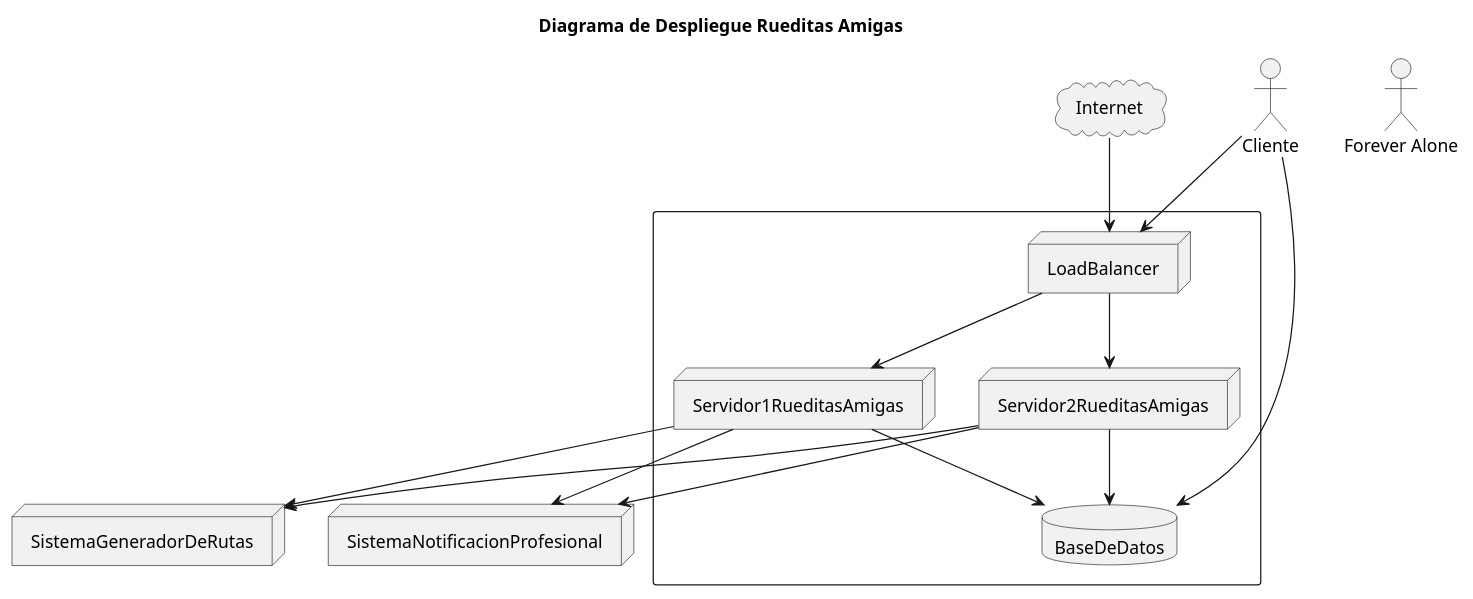
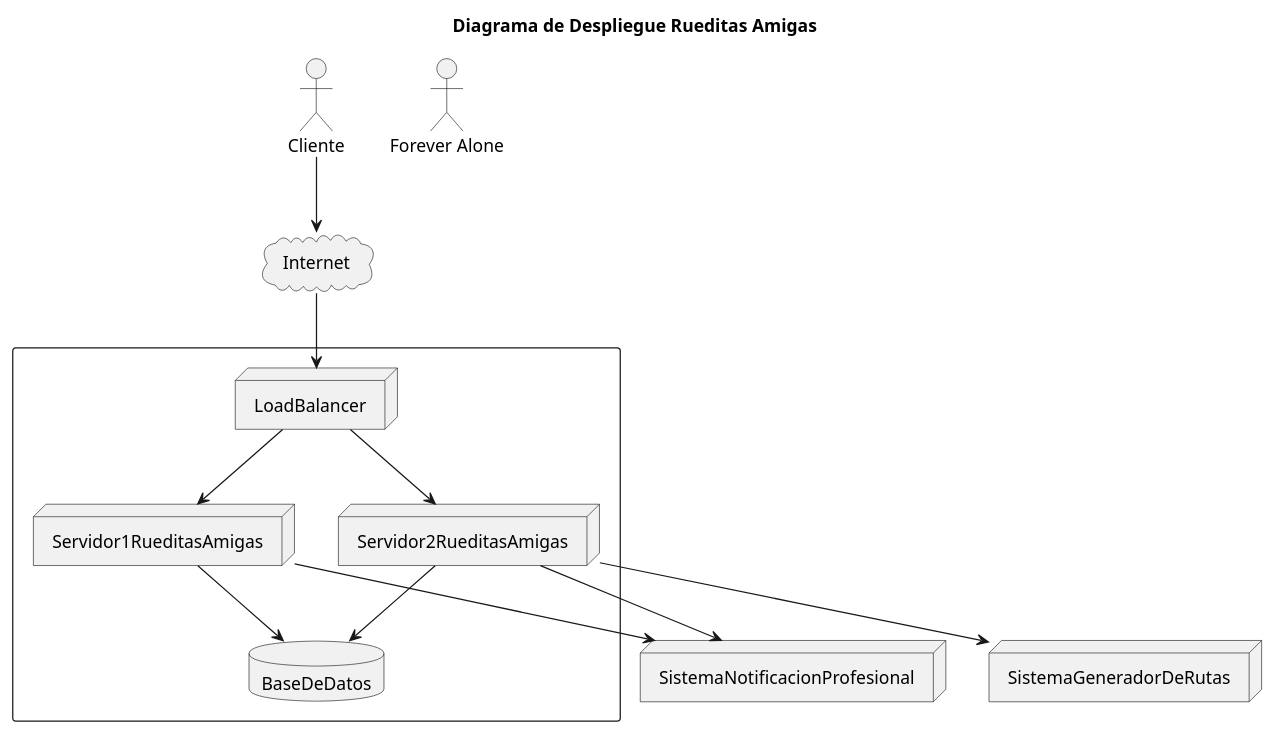
The diagram in diagrams/DiagramaDeDespliegue.puml (lrizzitano/RueditasAmigasDespliegue), drawn with PlantUML before and after one commit.

Commit message:
pruebo actor suelto y servidores incoherentes

```diff
--- a/diagrams/DiagramaDeDespliegue.puml
+++ b/diagrams/DiagramaDeDespliegue.puml
@@ -1,33 +1,31 @@
 @startuml
 'https://plantuml.com/deployment-diagram
 
 title Diagrama de Despliegue Rueditas Amigas
 
 node "SistemaGeneradorDeRutas"
 actor "Cliente"
 actor "Forever Alone"
 cloud "Internet"
 node "SistemaNotificacionProfesional"
 
 
 rectangle  {
 node "LoadBalancer"
 node "Servidor1RueditasAmigas"
 node "Servidor2RueditasAmigas"
 database "BaseDeDatos"
 }
 
 "LoadBalancer" --> "Servidor1RueditasAmigas"
 "LoadBalancer" --> "Servidor2RueditasAmigas"
 "Servidor1RueditasAmigas" --> "BaseDeDatos"
 "Servidor2RueditasAmigas" --> "BaseDeDatos"
 "Servidor1RueditasAmigas" --> "SistemaNotificacionProfesional"
 "Servidor2RueditasAmigas" --> "SistemaNotificacionProfesional"
-"Servidor1RueditasAmigas" --> "SistemaGeneradorDeRutas"
 "Servidor2RueditasAmigas" --> "SistemaGeneradorDeRutas"
-"Cliente" --> "LoadBalancer"
-"Cliente" --> "BaseDeDatos"
+"Cliente" --> "Internet"
 "Internet" --> "LoadBalancer"
 
 
 @enduml
```
